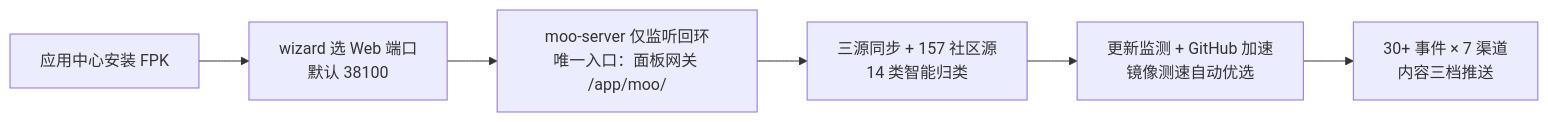
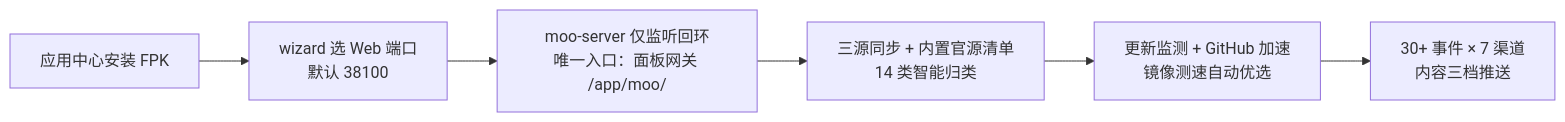
One commit to Blue-Mink/FnDepot changed the diagram in moo/README.md. Above: the diagram before and after it, drawn with Mermaid. The commit also changed other lines of this file, not shown here.

````diff
--- a/moo/README.md
+++ b/moo/README.md
@@ -98,8 +121,8 @@
 ```mermaid
 flowchart LR
     A["应用中心安装 FPK"] --> B["wizard 选 Web 端口<br/>默认 38100"]
     B --> C["moo-server 仅监听回环<br/>唯一入口：面板网关 /app/moo/"]
-    C --> D["三源同步 + 157 社区源<br/>14 类智能归类"]
+    C --> D["三源同步 + 内置官源清单<br/>14 类智能归类"]
     D --> E["更新监测 + GitHub 加速<br/>镜像测速自动优选"]
     E --> F["30+ 事件 × 7 渠道<br/>内容三档推送"]
 ```
````
